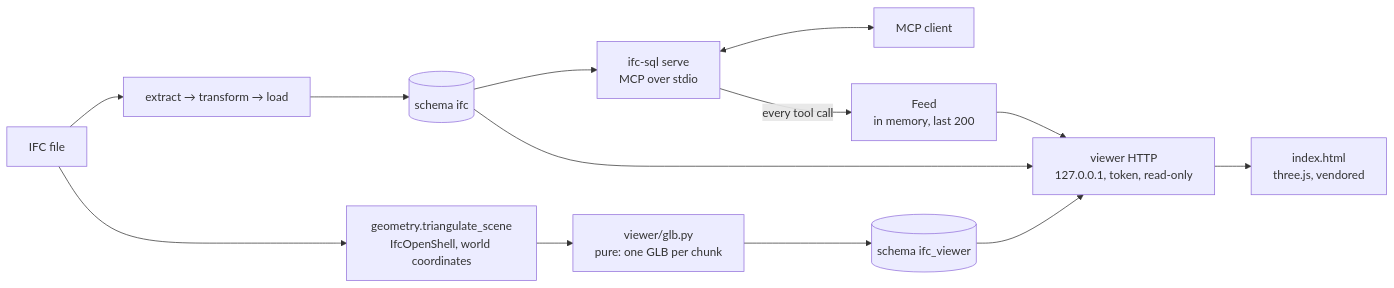
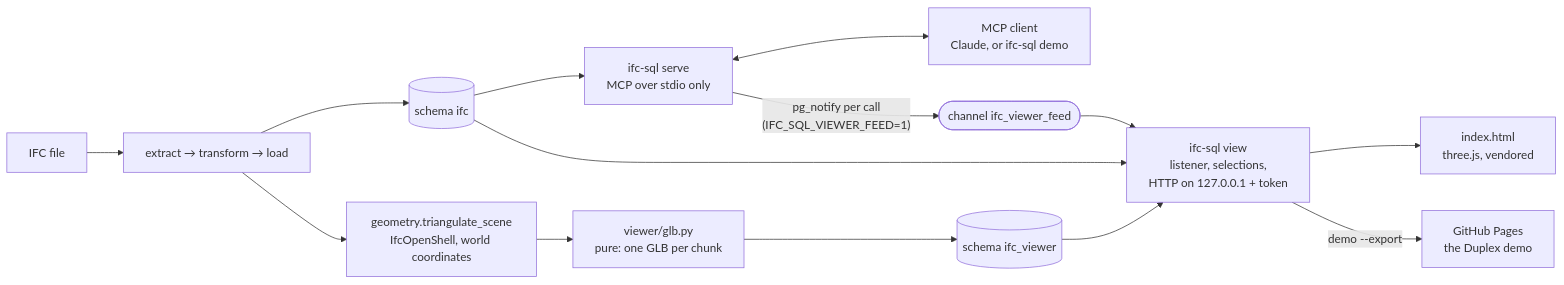
Before and after one commit to gewoonkees132/Ifc_Sql_Mcp: the diagram in docs/plans/2026-11-ifc-viewer.md, drawn with Mermaid. The commit also changed other lines of this file and 1 other file, not shown here.

First line of the commit message:
docs(plans): revise the viewer plan after review: a scripted demo first, the feed through NOTIFY

````diff
--- a/docs/plans/2026-11-ifc-viewer.md
+++ b/docs/plans/2026-11-ifc-viewer.md
@@ -91,13 +42,14 @@
 ```mermaid
 flowchart LR
     ifc["IFC file"] --> extract["extract → transform → load"] --> db[("schema ifc")]
-    ifc --> tri["geometry.triangulate_scene<br/>IfcOpenShell, world coordinates"]
+    extract --> tri["geometry.triangulate_scene<br/>IfcOpenShell, world coordinates"]
     tri --> glb["viewer/glb.py<br/>pure: one GLB per chunk"] --> scene[("schema ifc_viewer")]
-    db --> mcp["ifc-sql serve<br/>MCP over stdio"]
-    mcp <--> llm["MCP client"]
-    mcp -- "every tool call" --> feed["Feed<br/>in memory, last 200"]
-    feed --> http["viewer HTTP<br/>127.0.0.1, token, read-only"]
-    scene --> http
-    db --> http
-    http --> page["index.html<br/>three.js, vendored"]
+    db --> serve["ifc-sql serve<br/>MCP over stdio only"]
+    serve <--> client["MCP client<br/>Claude, or ifc-sql demo"]
+    serve -- "pg_notify per call<br/>(IFC_SQL_VIEWER_FEED=1)" --> chan(["channel ifc_viewer_feed"])
+    chan --> view["ifc-sql view<br/>listener, selections,<br/>HTTP on 127.0.0.1 + token"]
+    scene --> view
+    db --> view
+    view --> page["index.html<br/>three.js, vendored"]
+    view -- "demo --export" --> pages["GitHub Pages<br/>the Duplex demo"]
 ```
````
